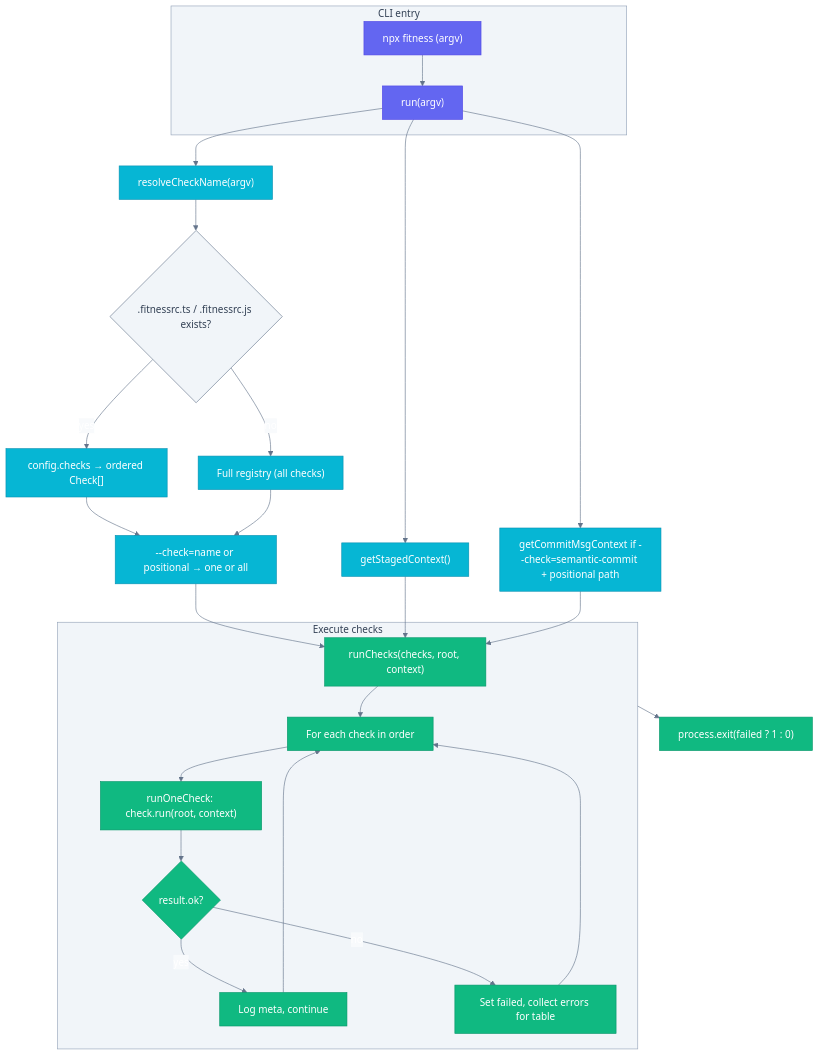
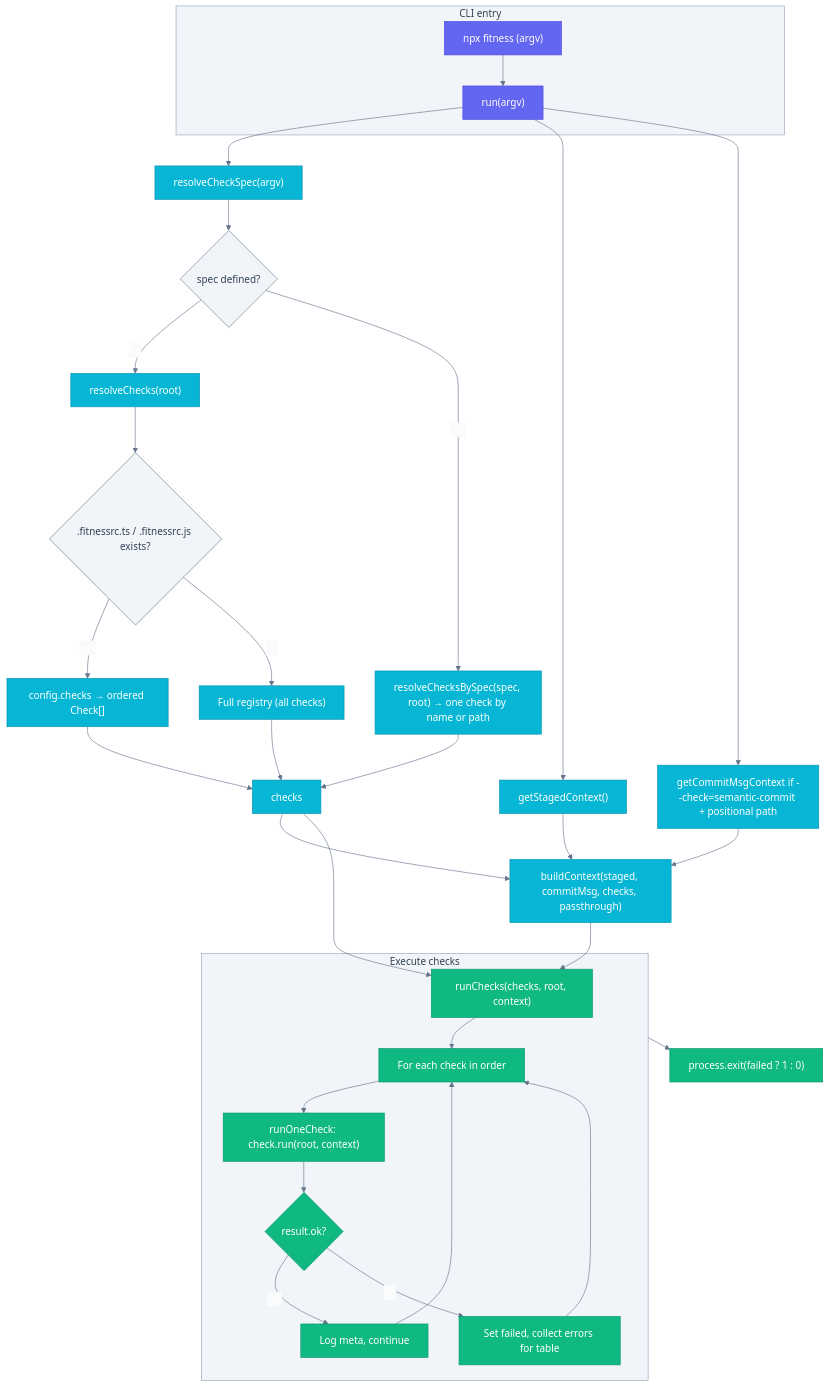
The diagram in README.md (may-journal/fitness-runner), drawn with Mermaid before and after one commit. The commit also changed 3 other files, not shown here.

Commit message:
docs(readme): align Mermaid flowchart with runner code flow

````diff
--- a/README.md
+++ b/README.md
@@ -94,60 +94,66 @@
 ```mermaid
 %%{init: {'theme':'base', 'themeVariables': {
   'primaryColor':'#6366f1',
   'primaryTextColor':'#fff',
   'primaryBorderColor':'#4f46e5',
   'secondaryColor':'#06b6d4',
   'secondaryTextColor':'#fff',
   'secondaryBorderColor':'#0891b2',
   'tertiaryColor':'#10b981',
   'tertiaryTextColor':'#fff',
   'tertiaryBorderColor':'#059669',
   'lineColor':'#64748b',
   'background':'#f8fafc',
   'mainBkg':'#e0e7ff',
   'clusterBkg':'#f1f5f9',
   'clusterBorder':'#94a3b8',
   'titleColor':'#334155',
   'edgeLabelBackground':'#f8fafc',
   'nodeTextColor':'#1e293b',
   'fontFamily':'system-ui, sans-serif'
 }}}%%
 flowchart TD
   subgraph CLI["CLI entry"]
     A["npx fitness (argv)"]
     A --> B["run(argv)"]
   end
 
-  B --> F["resolveCheckName(argv)"]
-  F --> G{".fitnessrc.ts / .fitnessrc.js exists?"}
-  G -->|yes| H["config.checks → ordered Check[]"]
-  G -->|no| I["Full registry (all checks)"]
-  H --> J["--check=name or positional → one or all"]
-  I --> J
-  J --> K["runChecks(checks, root, context)"]
+  B --> F["resolveCheckSpec(argv)"]
+  F --> G{"spec defined?"}
+  G -->|no| H["resolveChecks(root)"]
+  H --> I{".fitnessrc.ts / .fitnessrc.js exists?"}
+  I -->|yes| J["config.checks → ordered Check[]"]
+  I -->|no| K["Full registry (all checks)"]
+  G -->|yes| L["resolveChecksBySpec(spec, root) → one check by name or path"]
+  J --> M["checks"]
+  K --> M
+  L --> M
   B --> E["getStagedContext()"]
   B --> Dctx["getCommitMsgContext if --check=semantic-commit + positional path"]
-  E --> K
-  Dctx --> K
+  E --> N["buildContext(staged, commitMsg, checks, passthrough)"]
+  Dctx --> N
+  M --> N
+  M --> O["runChecks(checks, root, context)"]
+  N --> O
 
   subgraph Execute["Execute checks"]
-    K --> L["For each check in order"]
-    L --> M["runOneCheck: check.run(root, context)"]
-    M --> N{"result.ok?"}
-    N -->|yes| O["Log meta, continue"]
-    N -->|no| P["Set failed, collect errors for table"]
-    O --> L
-    P --> L
+    O --> P["For each check in order"]
+    P --> Q["runOneCheck: check.run(root, context)"]
+    Q --> R{"result.ok?"}
+    R -->|yes| S["Log meta, continue"]
+    R -->|no| T["Set failed, collect errors for table"]
+    S --> P
+    T --> P
   end
 
-  Execute --> Q["process.exit(failed ? 1 : 0)"]
+  Execute --> U["process.exit(failed ? 1 : 0)"]
 
   classDef cli fill:#6366f1,stroke:#4f46e5,color:#fff
   classDef resolve fill:#06b6d4,stroke:#0891b2,color:#fff
   classDef execute fill:#10b981,stroke:#059669,color:#fff
   classDef decision fill:#f1f5f9,stroke:#64748b,color:#334155
   class A,B cli
-  class Dctx,E,F,G,H,I,J resolve
-  class K,L,M,N,O,P,Q execute
-  class G decision
+  class Dctx,E,F,G,H,I,J,K,L,M,N resolve
+  class O,P,Q,R,S,T,U execute
+  class G,I decision
 ```
````
